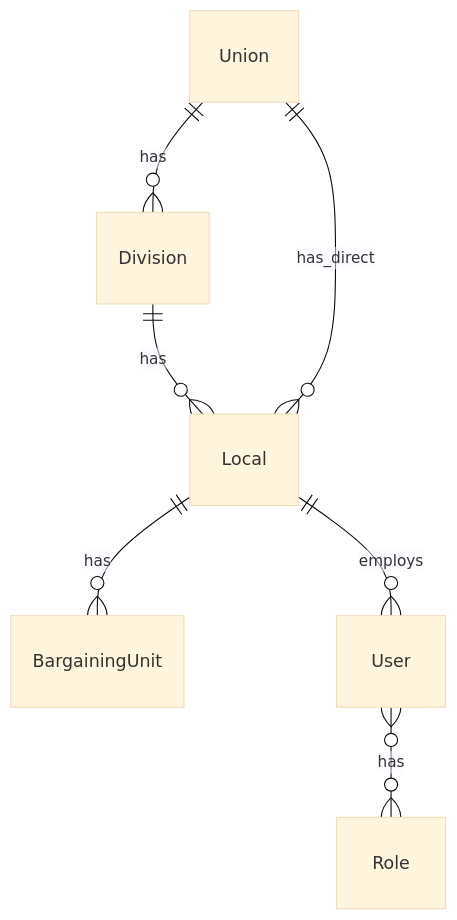
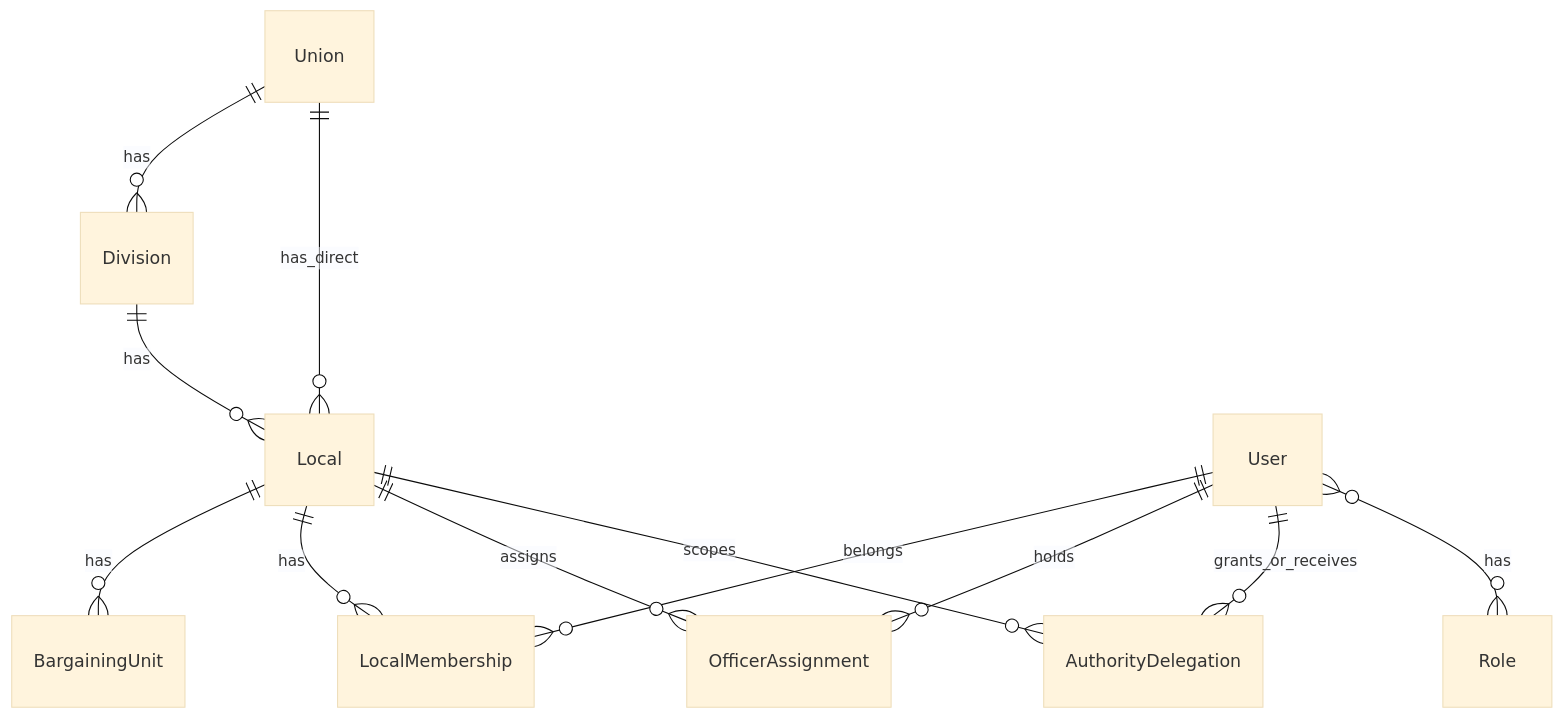
The diagram in docs/DATA_MODELS.md (hackmods/union-communications), drawn with Mermaid (base theme) before and after one commit. The commit also changed other lines of this file and 216 other files, not shown here.

````diff
--- a/docs/DATA_MODELS.md
+++ b/docs/DATA_MODELS.md
@@ -5,9 +5,14 @@
 ```mermaid
 erDiagram
     Union ||--o{ Division : has
     Division ||--o{ Local : has
     Union ||--o{ Local : has_direct
     Local ||--o{ BargainingUnit : has
-    Local ||--o{ User : employs
+    Local ||--o{ LocalMembership : has
+    User ||--o{ LocalMembership : belongs
+    User ||--o{ OfficerAssignment : holds
+    Local ||--o{ OfficerAssignment : assigns
+    User ||--o{ AuthorityDelegation : grants_or_receives
+    Local ||--o{ AuthorityDelegation : scopes
     User }o--o{ Role : has
 ```
````
